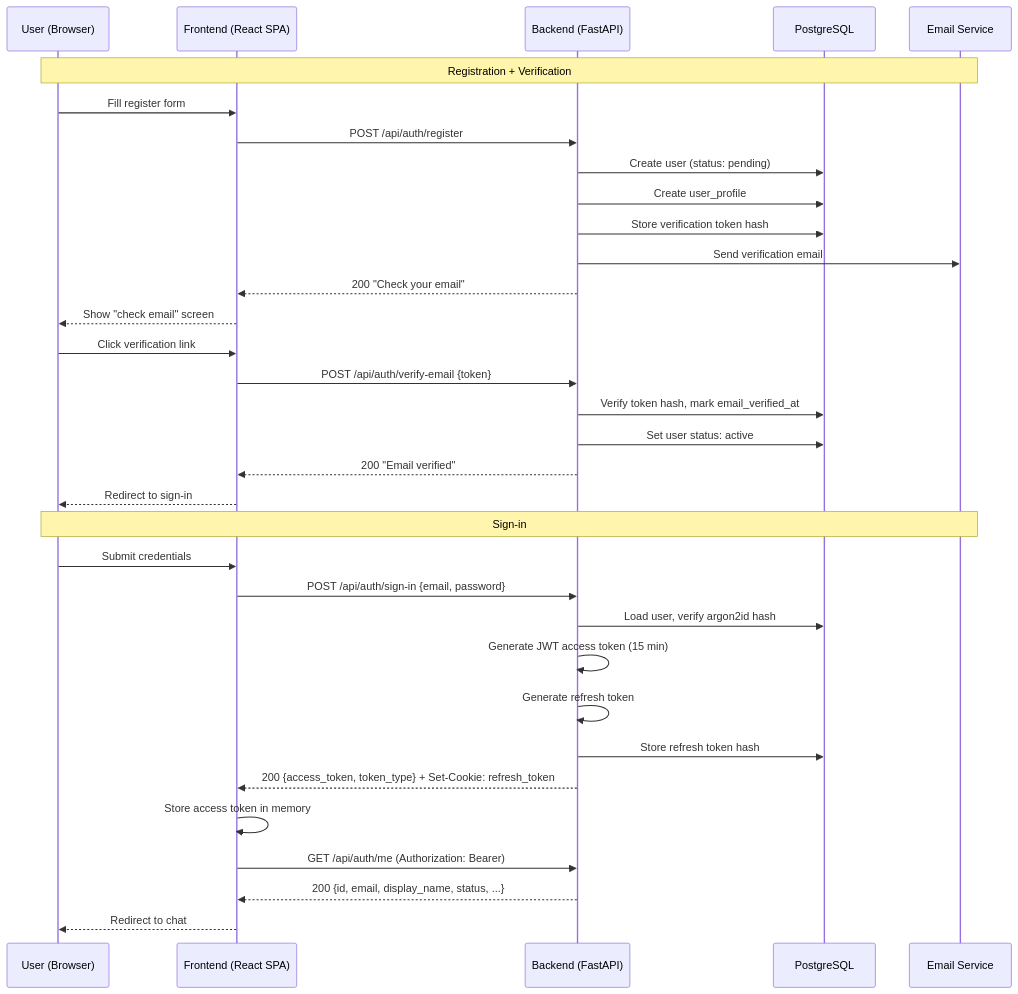
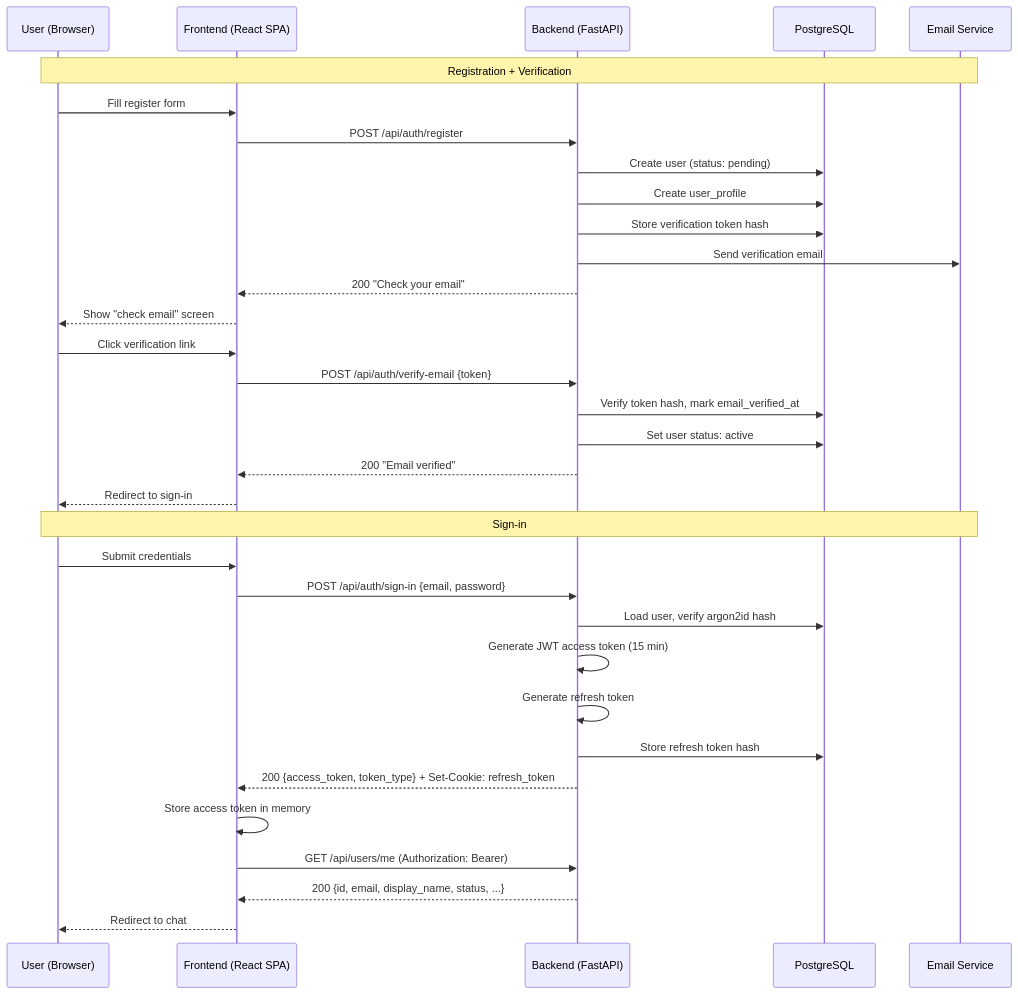
The first of 2 diagrams in openspec/changes/archive/2026-04-05-s7-03-end-user-auth/design.md (itechmeat/proxymind), drawn with Mermaid before and after one commit. The commit also changed other lines of this file and 39 other files, not shown here.

Commit message:
fix(auth): harden auth flows and sync isolated e2e/docs

````diff
--- a/openspec/changes/archive/2026-04-05-s7-03-end-user-auth/design.md
+++ b/openspec/changes/archive/2026-04-05-s7-03-end-user-auth/design.md
@@ -124,38 +124,38 @@
 ```mermaid
 sequenceDiagram
     participant U as User (Browser)
     participant F as Frontend (React SPA)
     participant A as Backend (FastAPI)
     participant PG as PostgreSQL
     participant E as Email Service
 
     Note over U,E: Registration + Verification
     U->>F: Fill register form
     F->>A: POST /api/auth/register
     A->>PG: Create user (status: pending)
     A->>PG: Create user_profile
     A->>PG: Store verification token hash
     A->>E: Send verification email
     A-->>F: 200 "Check your email"
     F-->>U: Show "check email" screen
 
     U->>F: Click verification link
     F->>A: POST /api/auth/verify-email {token}
     A->>PG: Verify token hash, mark email_verified_at
     A->>PG: Set user status: active
     A-->>F: 200 "Email verified"
     F-->>U: Redirect to sign-in
 
     Note over U,E: Sign-in
     U->>F: Submit credentials
     F->>A: POST /api/auth/sign-in {email, password}
     A->>PG: Load user, verify argon2id hash
     A->>A: Generate JWT access token (15 min)
     A->>A: Generate refresh token
     A->>PG: Store refresh token hash
     A-->>F: 200 {access_token, token_type} + Set-Cookie: refresh_token
     F->>F: Store access token in memory
-    F->>A: GET /api/auth/me (Authorization: Bearer)
+    F->>A: GET /api/users/me (Authorization: Bearer)
     A-->>F: 200 {id, email, display_name, status, ...}
     F-->>U: Redirect to chat
 ```
````
